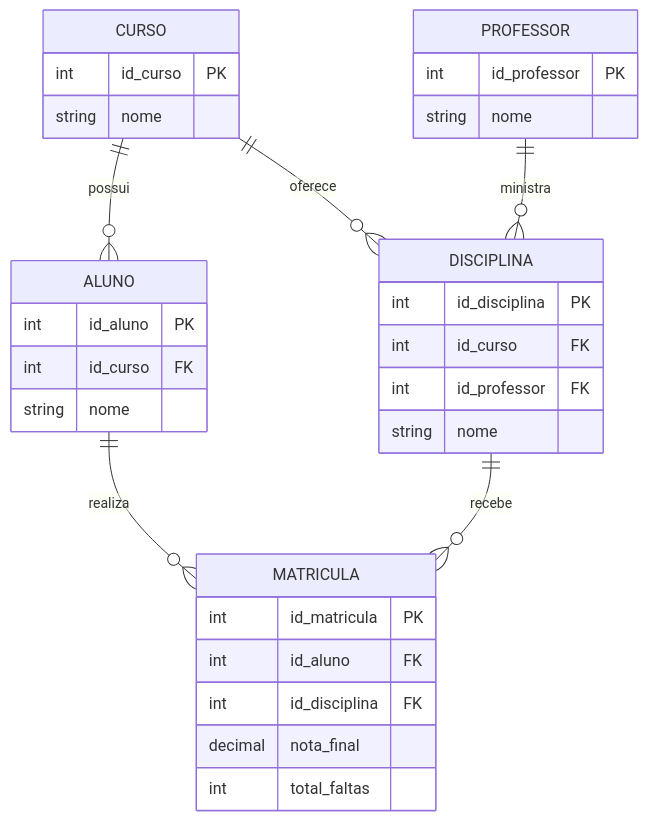
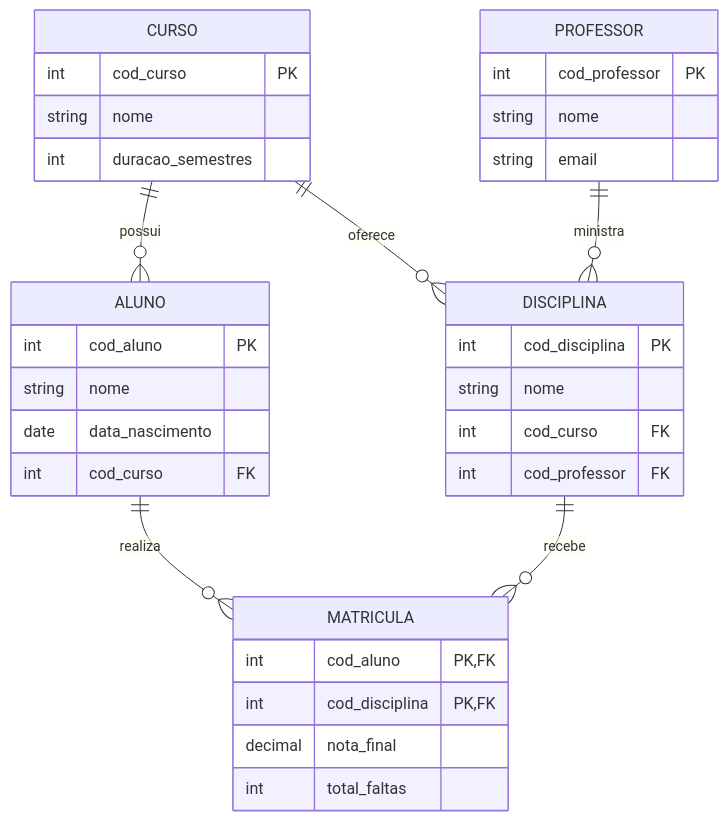
The diagram in SegundoSemestre/BancoDeDados/ModelagemDeDados/Exercicio05.md (NathaliaGongora/Exercicios_Faculdade), drawn with Mermaid before and after one commit. The commit also changed other lines of this file and 1 other file, not shown here.

Commit message:
Completa DER de controle escolar

````diff
--- a/SegundoSemestre/BancoDeDados/ModelagemDeDados/Exercicio05.md
+++ b/SegundoSemestre/BancoDeDados/ModelagemDeDados/Exercicio05.md
@@ -5,35 +13,37 @@
 ```mermaid
 erDiagram
     CURSO ||--o{ ALUNO : possui
     CURSO ||--o{ DISCIPLINA : oferece
     PROFESSOR ||--o{ DISCIPLINA : ministra
     ALUNO ||--o{ MATRICULA : realiza
     DISCIPLINA ||--o{ MATRICULA : recebe
 
     CURSO {
-        int id_curso PK
+        int cod_curso PK
         string nome
+        int duracao_semestres
     }
     ALUNO {
-        int id_aluno PK
-        int id_curso FK
+        int cod_aluno PK
         string nome
+        date data_nascimento
+        int cod_curso FK
     }
     PROFESSOR {
-        int id_professor PK
+        int cod_professor PK
         string nome
+        string email
     }
     DISCIPLINA {
-        int id_disciplina PK
-        int id_curso FK
-        int id_professor FK
+        int cod_disciplina PK
         string nome
+        int cod_curso FK
+        int cod_professor FK
     }
     MATRICULA {
-        int id_matricula PK
-        int id_aluno FK
-        int id_disciplina FK
+        int cod_aluno PK, FK
+        int cod_disciplina PK, FK
         decimal nota_final
         int total_faltas
     }
 ```
````
